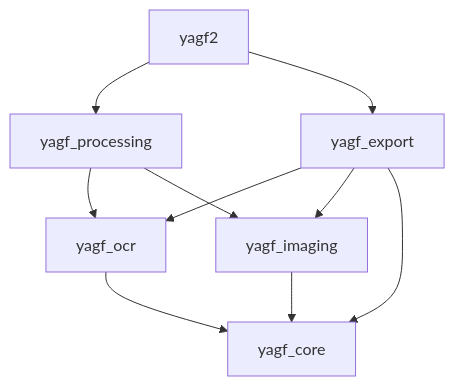
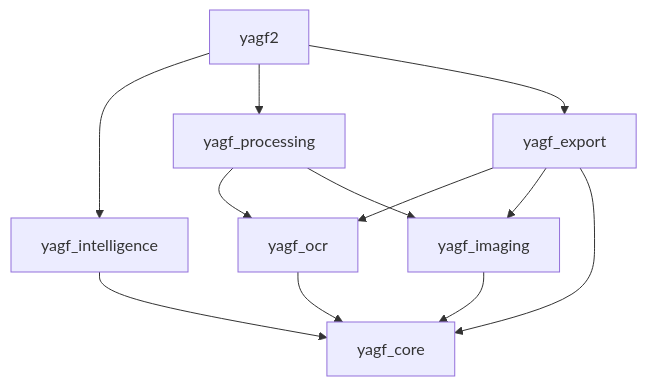
One commit to andrei-b/YAGF changed the diagram in ARCHITECTURE.md. Above: the diagram before and after it, drawn with Mermaid. The commit also changed other lines of this file and 27 other files, not shown here.

Commit message:
Add the YAGF Document Intelligence Engine and AI-assisted OCR review

````diff
--- a/ARCHITECTURE.md
+++ b/ARCHITECTURE.md
@@ -58,12 +58,14 @@
 ```mermaid
 graph TD
+    yagf2 --> yagf_intelligence
+    yagf_intelligence --> yagf_core
     yagf2 --> yagf_processing
     yagf2 --> yagf_export
     yagf_processing --> yagf_ocr
     yagf_processing --> yagf_imaging
     yagf_export --> yagf_ocr
     yagf_export --> yagf_imaging
     yagf_export --> yagf_core
     yagf_ocr --> yagf_core
     yagf_imaging --> yagf_core
 ```
````
